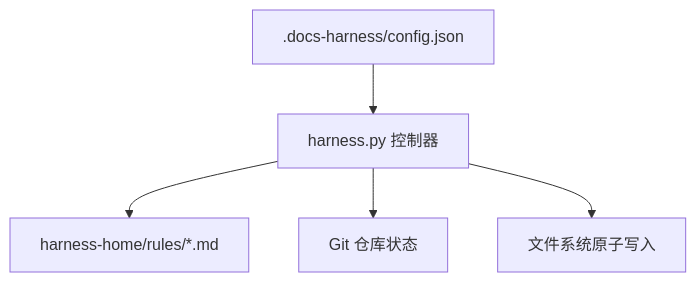
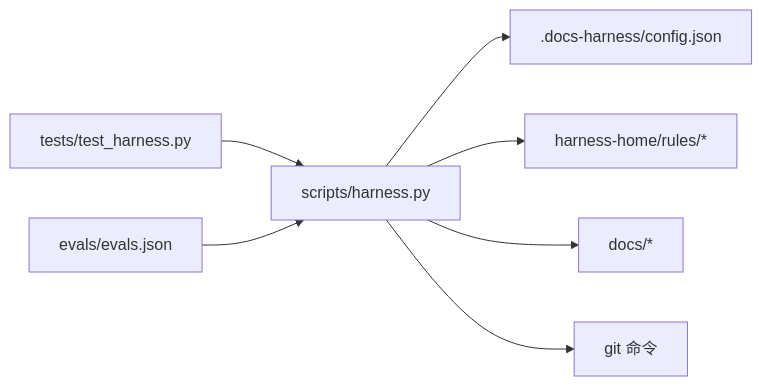
Before and after one commit to HackSing/docs-harness: the sixth of 6 diagrams in .qoder/repowiki/zh/content/高级主题/部署与运维/配置管理.md, drawn with Mermaid. The commit also changed other lines of this file and 20 other files, not shown here.

````diff
--- a/.qoder/repowiki/zh/content/高级主题/部署与运维/配置管理.md
+++ b/.qoder/repowiki/zh/content/高级主题/部署与运维/配置管理.md
@@ -250,7 +264,9 @@
 ```mermaid
-graph TB
-Cfg[".docs-harness/config.json"] --> Ctrl["harness.py 控制器"]
-Ctrl --> Rules["harness-home/rules/*.md"]
-Ctrl --> Git["Git 仓库状态"]
-Ctrl --> FS["文件系统原子写入"]
+graph LR
+HARNESS["scripts/harness.py"] --> CFG[".docs-harness/config.json"]
+HARNESS --> RULES["harness-home/rules/*"]
+HARNESS --> DOCS["docs/*"]
+HARNESS --> GIT["git 命令"]
+TESTS["tests/test_harness.py"] --> HARNESS
+EVALS["evals/evals.json"] --> HARNESS
 ```
````
